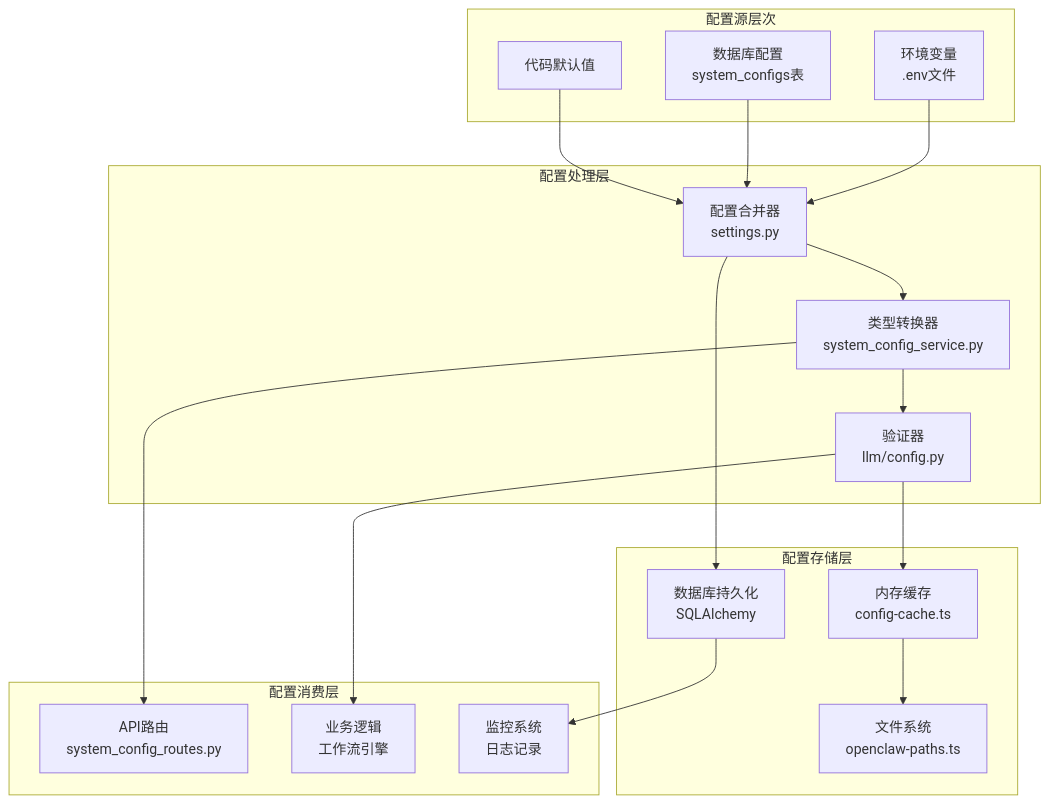
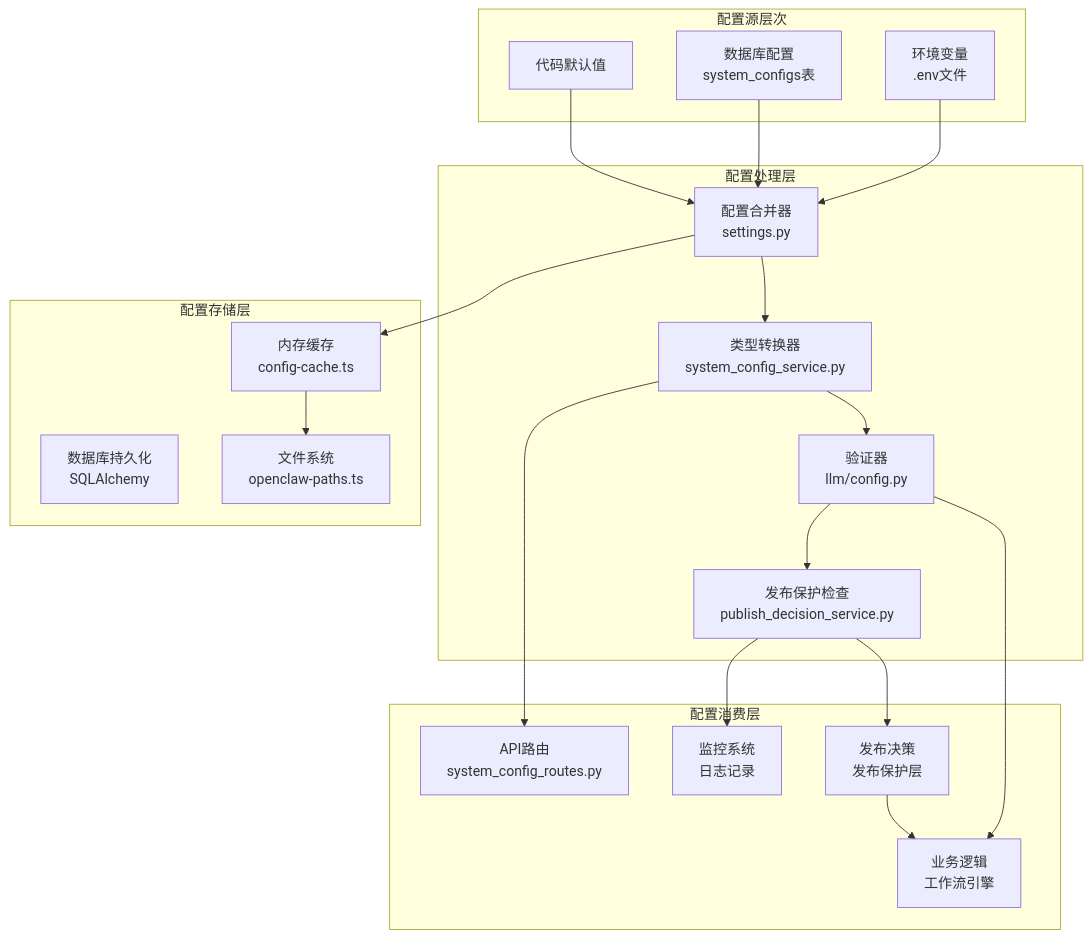
One commit to sansansansansan2022-web/hotclaw changed the second of 8 diagrams in .qoder/repowiki/zh/content/数据库设计/系统配置管理.md. Above: the diagram before and after it, drawn with Mermaid. The commit also changed other lines of this file and 44 other files, not shown here.

````diff
--- a/.qoder/repowiki/zh/content/数据库设计/系统配置管理.md
+++ b/.qoder/repowiki/zh/content/数据库设计/系统配置管理.md
@@ -117,34 +134,38 @@
 ```mermaid
 graph TB
 subgraph "配置源层次"
 A[环境变量<br/>.env文件]
 B[数据库配置<br/>system_configs表]
 C[代码默认值]
 end
 subgraph "配置处理层"
 D[配置合并器<br/>settings.py]
 E[类型转换器<br/>system_config_service.py]
 F[验证器<br/>llm/config.py]
+G[发布保护检查<br/>publish_decision_service.py]
 end
 subgraph "配置存储层"
-G[内存缓存<br/>config-cache.ts]
-H[数据库持久化<br/>SQLAlchemy]
-I[文件系统<br/>openclaw-paths.ts]
+H[内存缓存<br/>config-cache.ts]
+I[数据库持久化<br/>SQLAlchemy]
+J[文件系统<br/>openclaw-paths.ts]
 end
 subgraph "配置消费层"
-J[API路由<br/>system_config_routes.py]
-K[业务逻辑<br/>工作流引擎]
-L[监控系统<br/>日志记录]
+K[API路由<br/>system_config_routes.py]
+L[业务逻辑<br/>工作流引擎]
+M[监控系统<br/>日志记录]
+N[发布决策<br/>发布保护层]
 end
 A --> D
 B --> D
 C --> D
 D --> E
 E --> F
 F --> G
+G --> N
 D --> H
-G --> I
-E --> J
-F --> K
-H --> L
+H --> J
+E --> K
+F --> L
+G --> M
+N --> L
 ```
````
